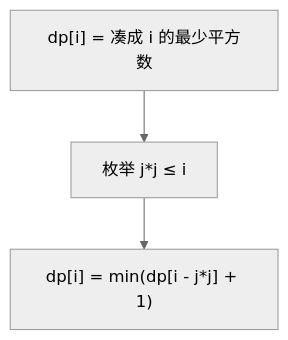
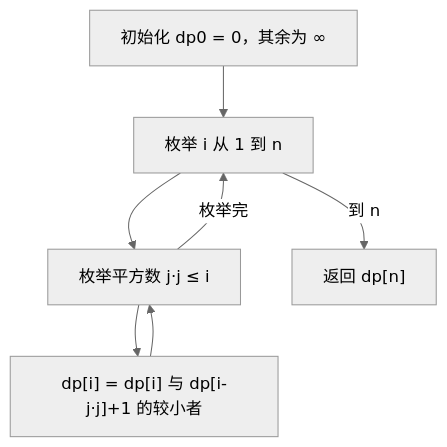
One commit to OctalZero/hot100-py changed the first of 2 diagrams in 16-动态规划/0279-完全平方数.md. Above: the diagram before and after it, drawn with Mermaid (neutral theme). The commit also changed other lines of this file and 117 other files, not shown here.

First line of the commit message:
feat: 全题解配图升级为「动画式 mermaid」（总览骨架 + 横向时间线逐步推演）

````diff
--- a/16-动态规划/0279-完全平方数.md
+++ b/16-动态规划/0279-完全平方数.md
@@ -20,5 +20,9 @@
 ```mermaid
 flowchart TD
-    A["dp[i] = 凑成 i 的最少平方数"] --> B["枚举 j*j ≤ i"]
-    B --> C["dp[i] = min(dp[i - j*j] + 1)"]
+    A["初始化 dp0 = 0，其余为 ∞"] --> B["枚举 i 从 1 到 n"]
+    B --> C["枚举平方数 j·j ≤ i"]
+    C --> D["dp[i] = dp[i] 与 dp[i-j·j]+1 的较小者"]
+    D --> C
+    C -->|"枚举完"| B
+    B -->|"到 n"| E["返回 dp[n]"]
 ```
````
